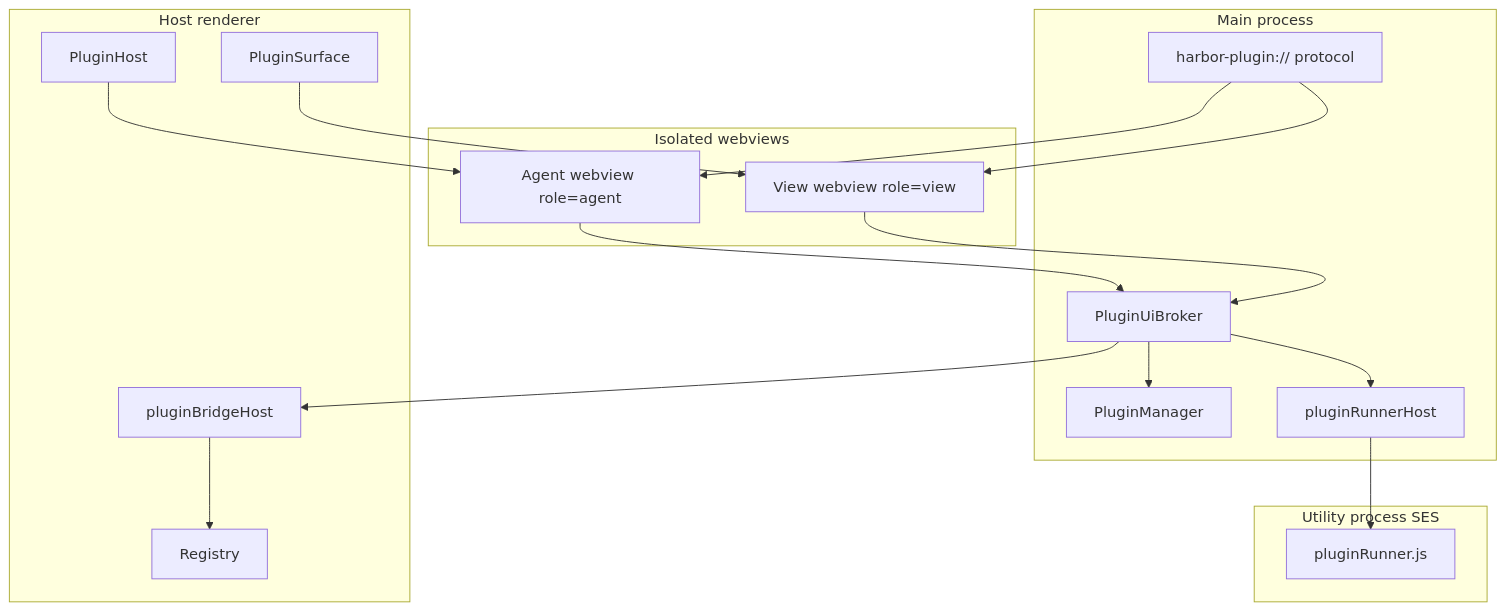
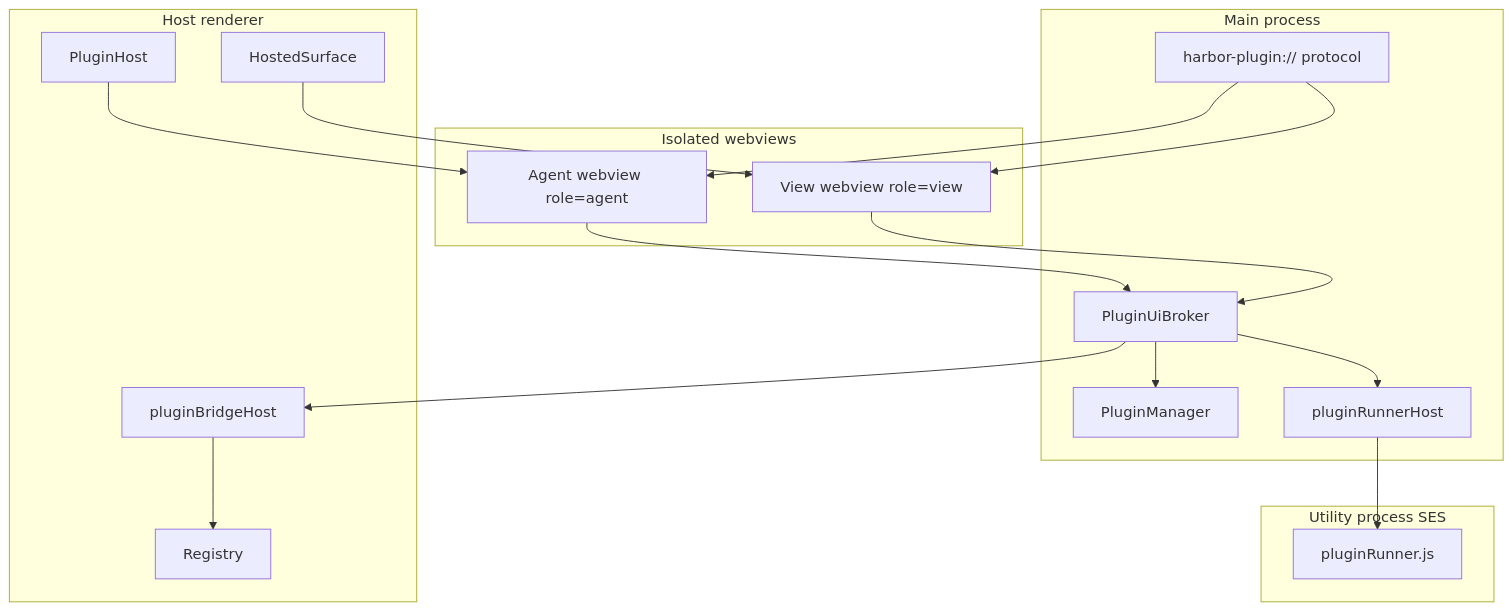
One commit to harborclient/harborclient changed the first of 2 diagrams in src/renderer/src/plugins/README.md. Above: the diagram before and after it, drawn with Mermaid. The commit also changed other lines of this file and 373 other files, not shown here.

````diff
--- a/src/renderer/src/plugins/README.md
+++ b/src/renderer/src/plugins/README.md
@@ -31,37 +31,37 @@
 ```mermaid
 flowchart TB
   subgraph HostRenderer["Host renderer"]
     PluginHost
     Registry
-    PluginSurface
+    HostedSurface
     BridgeHost["pluginBridgeHost"]
   end
 
   subgraph MainProcess["Main process"]
     PluginManager
     PluginUiBroker
     Protocol["harbor-plugin:// protocol"]
     RunnerHost["pluginRunnerHost"]
   end
 
   subgraph UtilityProcess["Utility process SES"]
     PluginRunner["pluginRunner.js"]
   end
 
   subgraph Webviews["Isolated webviews"]
     AgentWebview["Agent webview role=agent"]
     ViewWebview["View webview role=view"]
   end
 
   PluginHost --> AgentWebview
-  PluginSurface --> ViewWebview
+  HostedSurface --> ViewWebview
   AgentWebview --> PluginUiBroker
   ViewWebview --> PluginUiBroker
   PluginUiBroker --> PluginManager
   PluginUiBroker --> RunnerHost
   PluginUiBroker --> BridgeHost
   BridgeHost --> Registry
   Protocol --> AgentWebview
   Protocol --> ViewWebview
   RunnerHost --> PluginRunner
 ```
````
